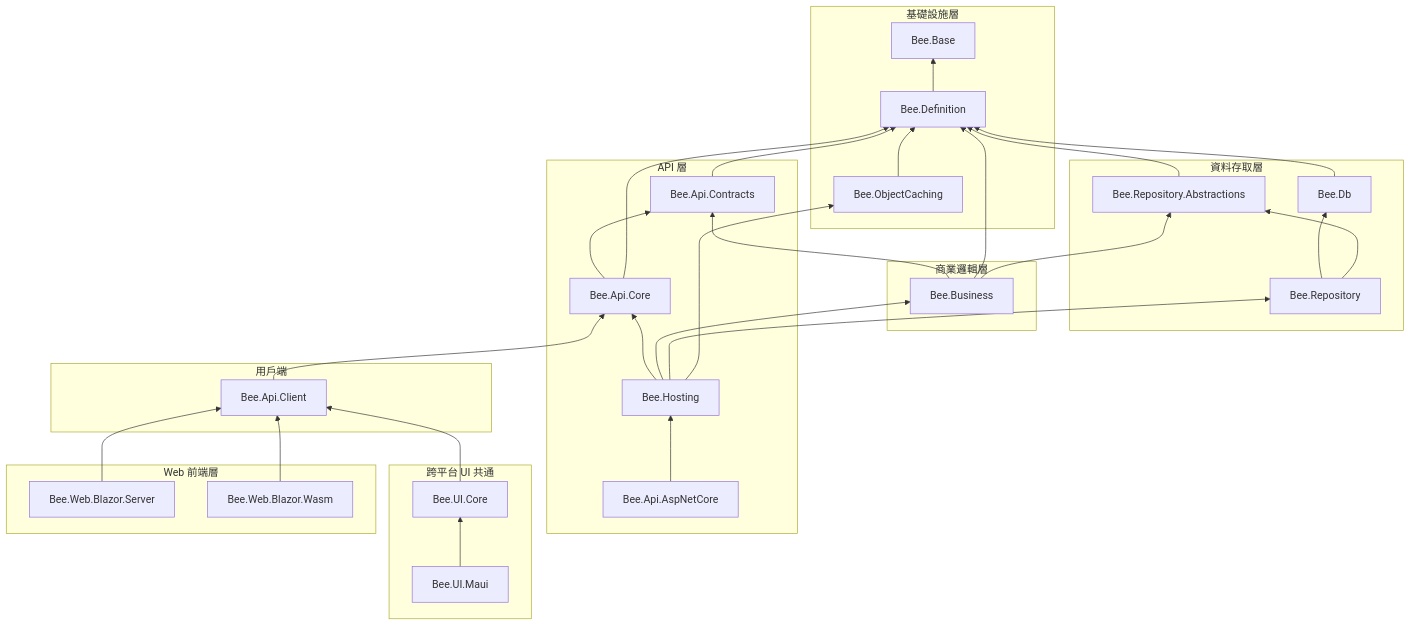
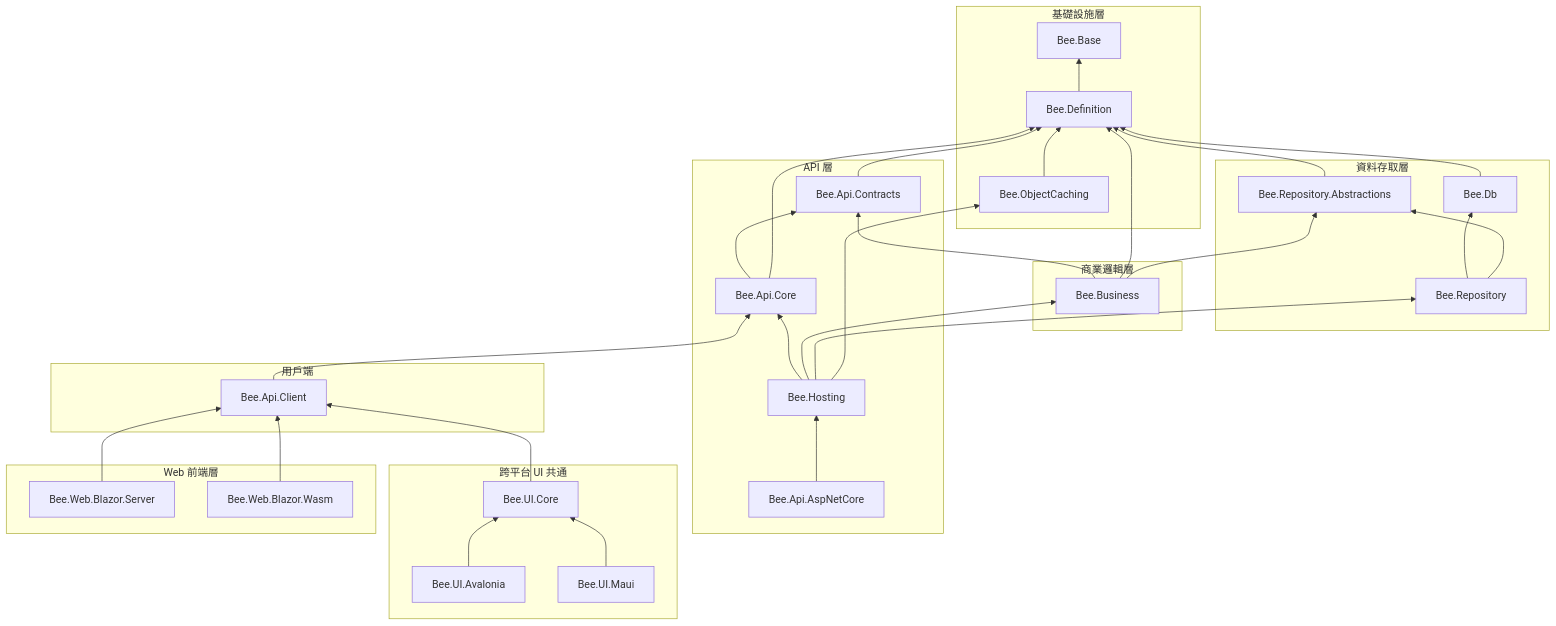
The diagram in docs/dependency-map.zh-TW.md (jeff377/bee-library), drawn with Mermaid before and after one commit. The commit also changed other lines of this file and 12 other files, not shown here.

First line of the commit message:
docs: 補齊 Bee.UI.Avalonia 的公開文件與 ADR-020

````diff
--- a/docs/dependency-map.zh-TW.md
+++ b/docs/dependency-map.zh-TW.md
@@ -11,62 +11,64 @@
 ```mermaid
 graph BT
   subgraph 基礎設施層
     Base["Bee.Base"]
     Definition["Bee.Definition"]
     Caching["Bee.ObjectCaching"]
   end
 
   subgraph 資料存取層
     RepoAbs["Bee.Repository.Abstractions"]
     Db["Bee.Db"]
     Repo["Bee.Repository"]
   end
 
   subgraph 商業邏輯層
     Business["Bee.Business"]
   end
 
   subgraph API 層
     Contracts["Bee.Api.Contracts"]
     Core["Bee.Api.Core"]
     Hosting["Bee.Hosting"]
     AspNet["Bee.Api.AspNetCore"]
   end
 
   subgraph 用戶端
     Client["Bee.Api.Client"]
   end
 
   subgraph 跨平台 UI 共通
     UICore["Bee.UI.Core"]
+    UIAvalonia["Bee.UI.Avalonia"]
     UIMaui["Bee.UI.Maui"]
   end
 
   subgraph Web 前端層
     BlazorSrv["Bee.Web.Blazor.Server"]
     BlazorWasm["Bee.Web.Blazor.Wasm"]
   end
 
   Definition --> Base
   Contracts --> Definition
   Db --> Definition
   RepoAbs --> Definition
   Caching --> Definition
   Business --> Contracts
   Business --> Definition
   Business --> RepoAbs
   Repo --> Db
   Repo --> RepoAbs
   Core --> Contracts
   Core --> Definition
   Hosting --> Core
   Hosting --> Business
   Hosting --> Repo
   Hosting --> Caching
   AspNet --> Hosting
   Client --> Core
   UICore --> Client
+  UIAvalonia --> UICore
   UIMaui --> UICore
   BlazorSrv --> Client
   BlazorWasm --> Client
 ```
````
